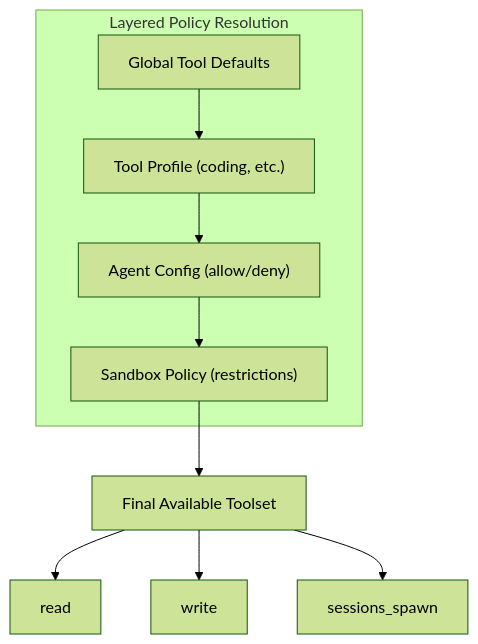
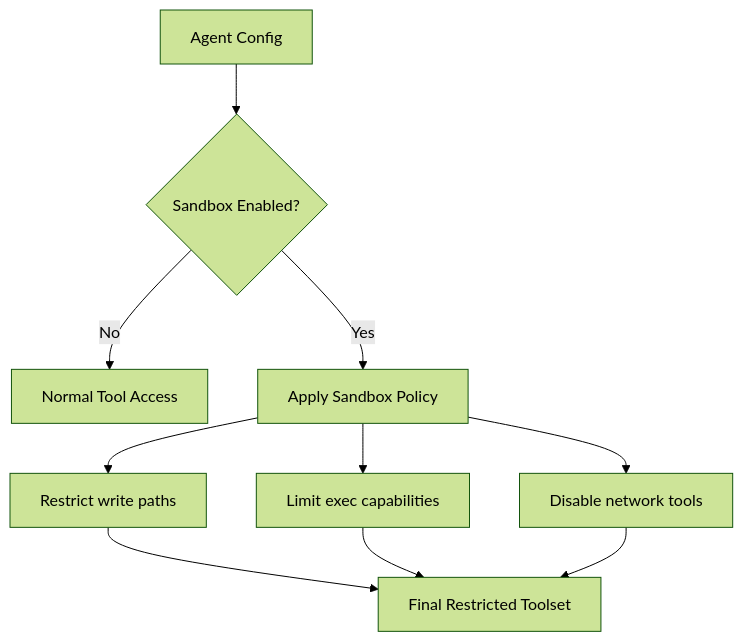
Before and after one commit to rzafiamy/openclaw-architecture: the second of 2 diagrams in details/tool-system.md, drawn with Mermaid (forest theme). The commit also changed other lines of this file and 12 other files, not shown here.

````diff
--- a/details/tool-system.md
+++ b/details/tool-system.md
@@ -30,18 +203,14 @@
 ```mermaid
-graph TD
-    Base["Global Tool Defaults"] --> Profile["Tool Profile (coding, etc.)"]
-    Profile --> Agent["Agent Config (allow/deny)"]
-    Agent --> Sandbox["Sandbox Policy (restrictions)"]
-    Sandbox --> Effective["Final Available Toolset"]
+flowchart TD
+    A[Agent Config] --> B{Sandbox Enabled?}
+    B -->|No| C[Normal Tool Access]
+    B -->|Yes| D[Apply Sandbox Policy]
     
-    subgraph Policy Layers ["Layered Policy Resolution"]
-        Base
-        Profile
-        Agent
-        Sandbox
-    end
+    D --> E[Restrict write paths]
+    D --> F[Limit exec capabilities]
+    D --> G[Disable network tools]
     
-    Effective --> Read[read]
-    Effective --> Write[write]
-    Effective --> Spawn[sessions_spawn]
+    E --> H[Final Restricted Toolset]
+    F --> H
+    G --> H
 ```
````
